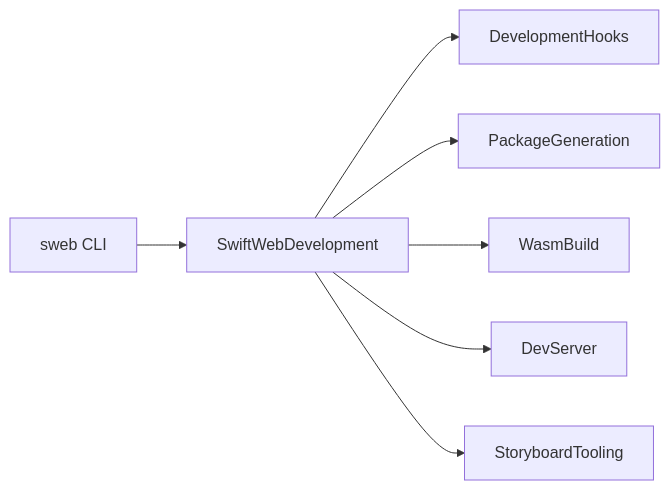
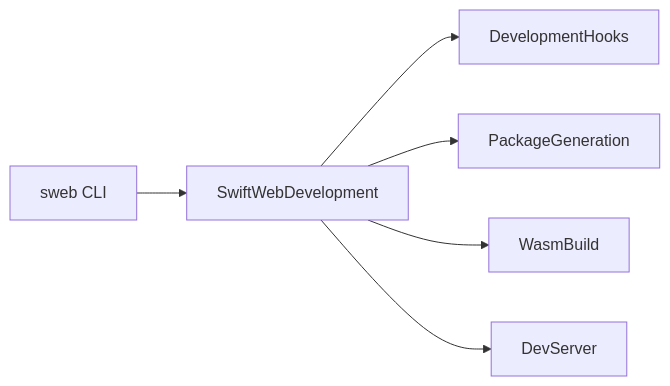
The first of 2 diagrams in Sources/SwiftWebDevelopment/Facade/README.md (1amageek/swift-web), drawn with Mermaid before and after one commit. The commit also changed other lines of this file and 20 other files, not shown here.

````diff
--- a/Sources/SwiftWebDevelopment/Facade/README.md
+++ b/Sources/SwiftWebDevelopment/Facade/README.md
@@ -17,9 +16,8 @@
 ```mermaid
 flowchart LR
   CLI["sweb CLI"] --> Facade["SwiftWebDevelopment"]
   Facade --> Hooks["DevelopmentHooks"]
   Facade --> Generation["PackageGeneration"]
   Facade --> Wasm["WasmBuild"]
   Facade --> Dev["DevServer"]
-  Facade --> Storyboard["StoryboardTooling"]
 ```
````
